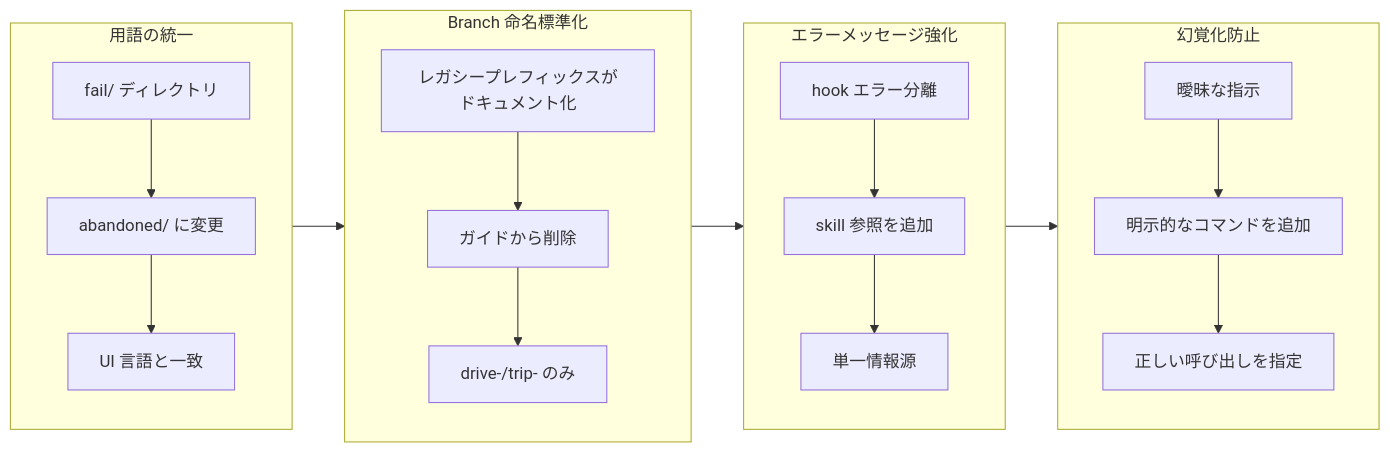
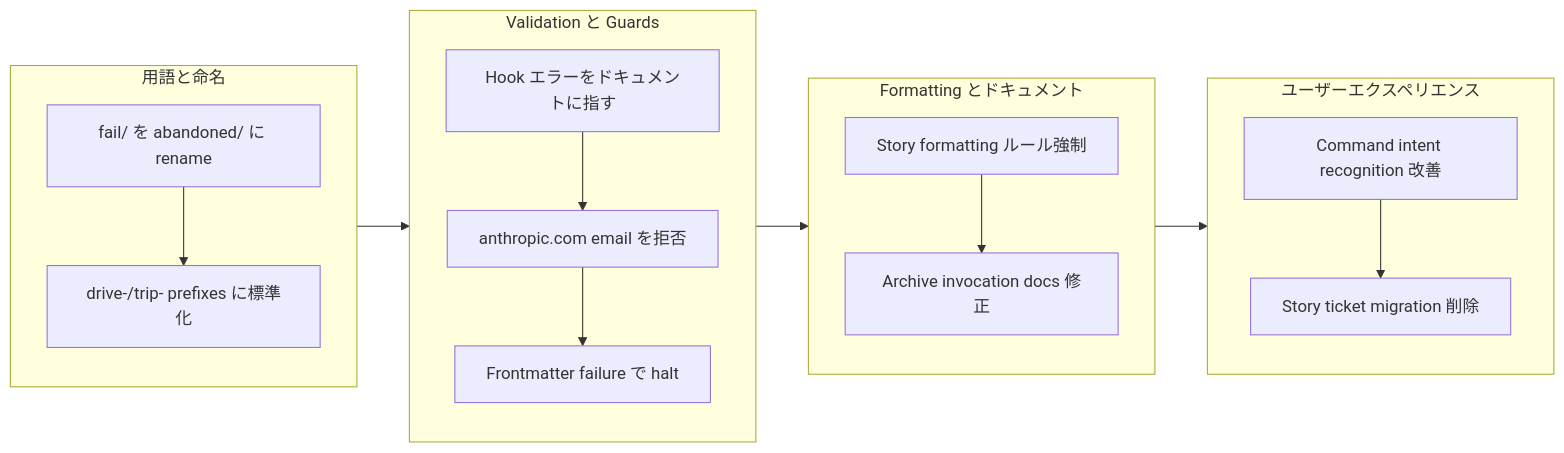
The diagram in .workaholic/stories/drive-20260131-223656_ja.md (qmu/workaholic), drawn with Mermaid before and after one commit. The commit also changed other lines of this file and 24 other files, not shown here.

````diff
--- a/.workaholic/stories/drive-20260131-223656_ja.md
+++ b/.workaholic/stories/drive-20260131-223656_ja.md
@@ -29,28 +44,24 @@
 ```mermaid
 flowchart LR
-  subgraph Terminology["用語の統一"]
+  subgraph Naming[用語と命名]
     direction TB
-    t1["fail/ ディレクトリ"] --> t2["abandoned/ に変更"]
-    t2 --> t3["UI 言語と一致"]
+    n1["fail/ を abandoned/ に rename"] --> n2["drive-/trip- prefixes に標準化"]
   end
 
-  subgraph Naming["Branch 命名標準化"]
+  subgraph Validation[Validation と Guards]
     direction TB
-    n1["レガシープレフィックスがドキュメント化"] --> n2["ガイドから削除"]
-    n2 --> n3["drive-/trip- のみ"]
+    v1["Hook エラーをドキュメントに指す"] --> v2["anthropic.com email を拒否"] --> v3["Frontmatter failure で halt"]
   end
 
-  subgraph ErrorGuide["エラーメッセージ強化"]
+  subgraph Formatting[Formatting とドキュメント]
     direction TB
-    e1["hook エラー分離"] --> e2["skill 参照を追加"]
-    e2 --> e3["単一情報源"]
+    f1["Story formatting ルール強制"] --> f2["Archive invocation docs 修正"]
   end
 
-  subgraph Hallucination["幻覚化防止"]
+  subgraph UX[ユーザーエクスペリエンス]
     direction TB
-    h1["曖昧な指示"] --> h2["明示的なコマンドを追加"]
-    h2 --> h3["正しい呼び出しを指定"]
+    u1["Command intent recognition 改善"] --> u2["Story ticket migration 削除"]
   end
 
-  Terminology --> Naming --> ErrorGuide --> Hallucination
+  Naming --> Validation --> Formatting --> UX
 ```
````
